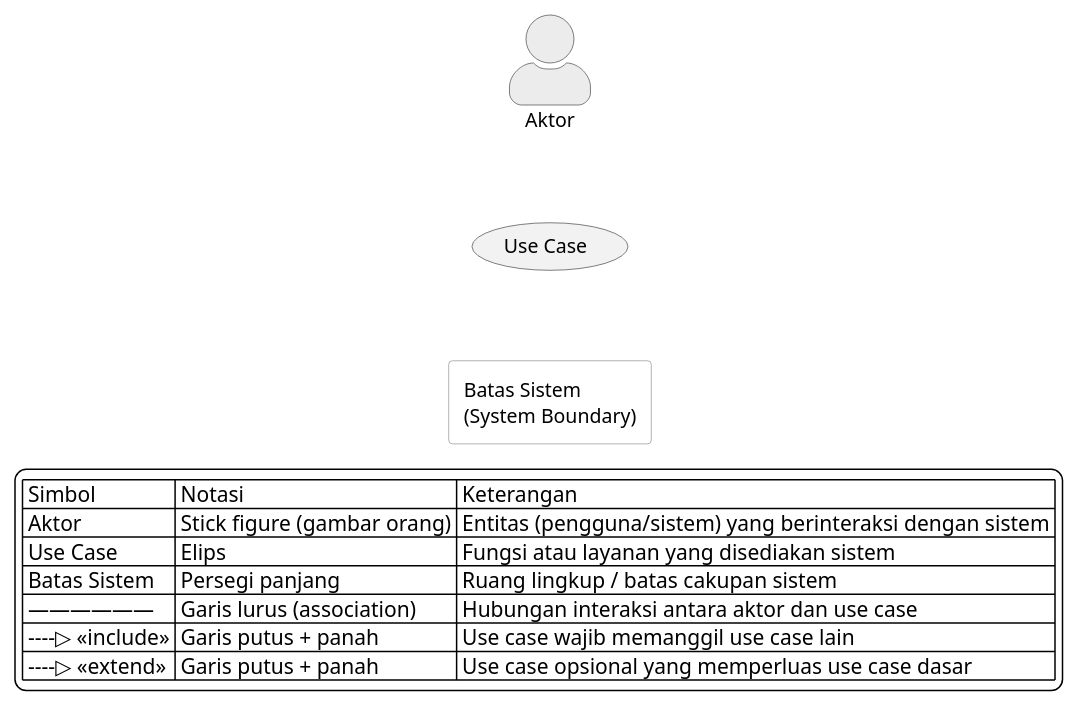
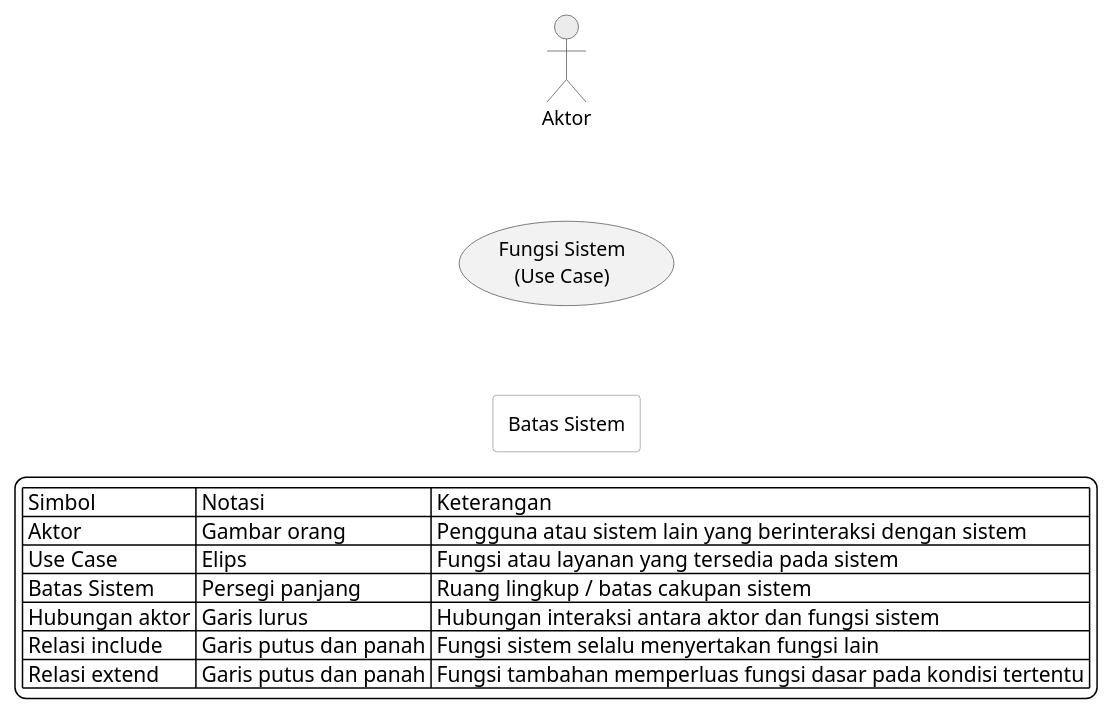
Before and after one commit to Jokskuyy/workflow-ta-proyek: the diagram in diagrams/gambar-2.11-legenda-use-case.puml, drawn with PlantUML. The commit also changed 372 other files, not shown here.

```diff
--- a/diagrams/gambar-2.11-legenda-use-case.puml
+++ b/diagrams/gambar-2.11-legenda-use-case.puml
@@ -1,42 +1,41 @@
 @startuml gambar-2-11-legenda-use-case
-' Gambar 2.11 - Legenda Use Case Diagram
+' Legenda Simbol pada Use Case Diagram
 ' Sumber: BAB II - 2.3.3 (legenda simbol use case)
 
 skinparam backgroundColor #FFFFFF
 skinparam shadowing false
-skinparam defaultFontName "Segoe UI"
+skinparam defaultFontName "Times New Roman"
 skinparam defaultFontSize 13
 skinparam ArrowColor #444444
-skinparam actorStyle awesome
 skinparam usecase {
   BackgroundColor #F2F2F2
   BorderColor #555555
 }
 skinparam actor {
   BackgroundColor #ECECEC
   BorderColor #555555
 }
 skinparam rectangle {
   BackgroundColor #FFFFFF
   BorderColor #999999
 }
 
 
 actor "Aktor" as A
-usecase "Use Case" as U
-rectangle "Batas Sistem\n(System Boundary)" as Bnd
+usecase "Fungsi Sistem\n(Use Case)" as U
+rectangle "Batas Sistem" as Bnd
 
 A -[hidden]down- U
 U -[hidden]down- Bnd
 
 legend right
   | Simbol | Notasi | Keterangan |
-  | Aktor | Stick figure (gambar orang) | Entitas (pengguna/sistem) yang berinteraksi dengan sistem |
-  | Use Case | Elips | Fungsi atau layanan yang disediakan sistem |
+  | Aktor | Gambar orang | Pengguna atau sistem lain yang berinteraksi dengan sistem |
+  | Use Case | Elips | Fungsi atau layanan yang tersedia pada sistem |
   | Batas Sistem | Persegi panjang | Ruang lingkup / batas cakupan sistem |
-  | —————— | Garis lurus (association) | Hubungan interaksi antara aktor dan use case |
-  | ----▷ <<include>> | Garis putus + panah | Use case wajib memanggil use case lain |
-  | ----▷ <<extend>> | Garis putus + panah | Use case opsional yang memperluas use case dasar |
+  | Hubungan aktor | Garis lurus | Hubungan interaksi antara aktor dan fungsi sistem |
+  | Relasi include | Garis putus dan panah | Fungsi sistem selalu menyertakan fungsi lain |
+  | Relasi extend | Garis putus dan panah | Fungsi tambahan memperluas fungsi dasar pada kondisi tertentu |
 endlegend
 
 @enduml
```
